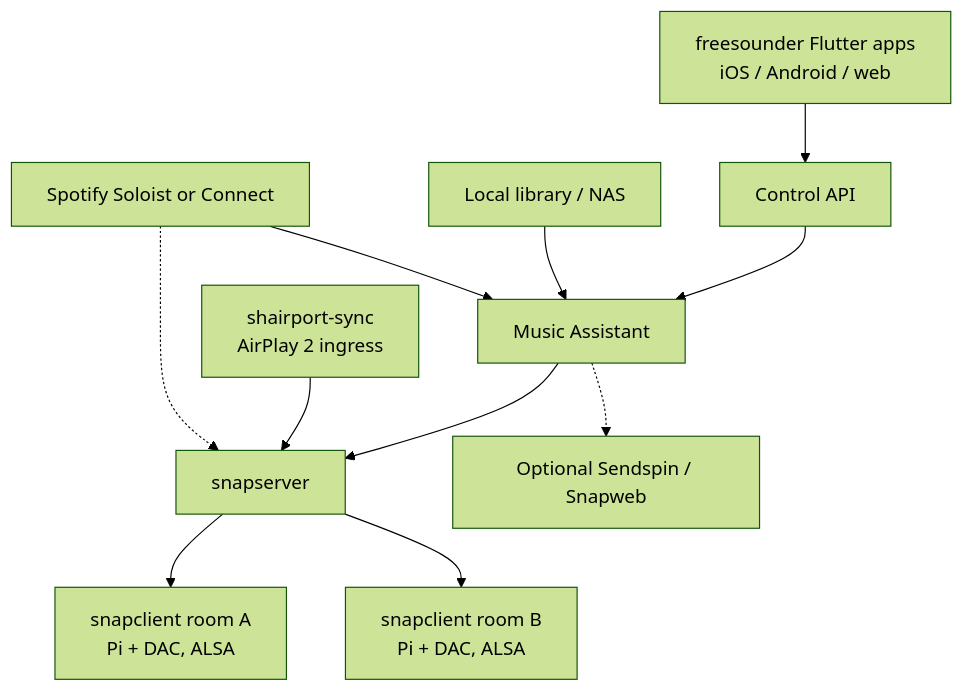
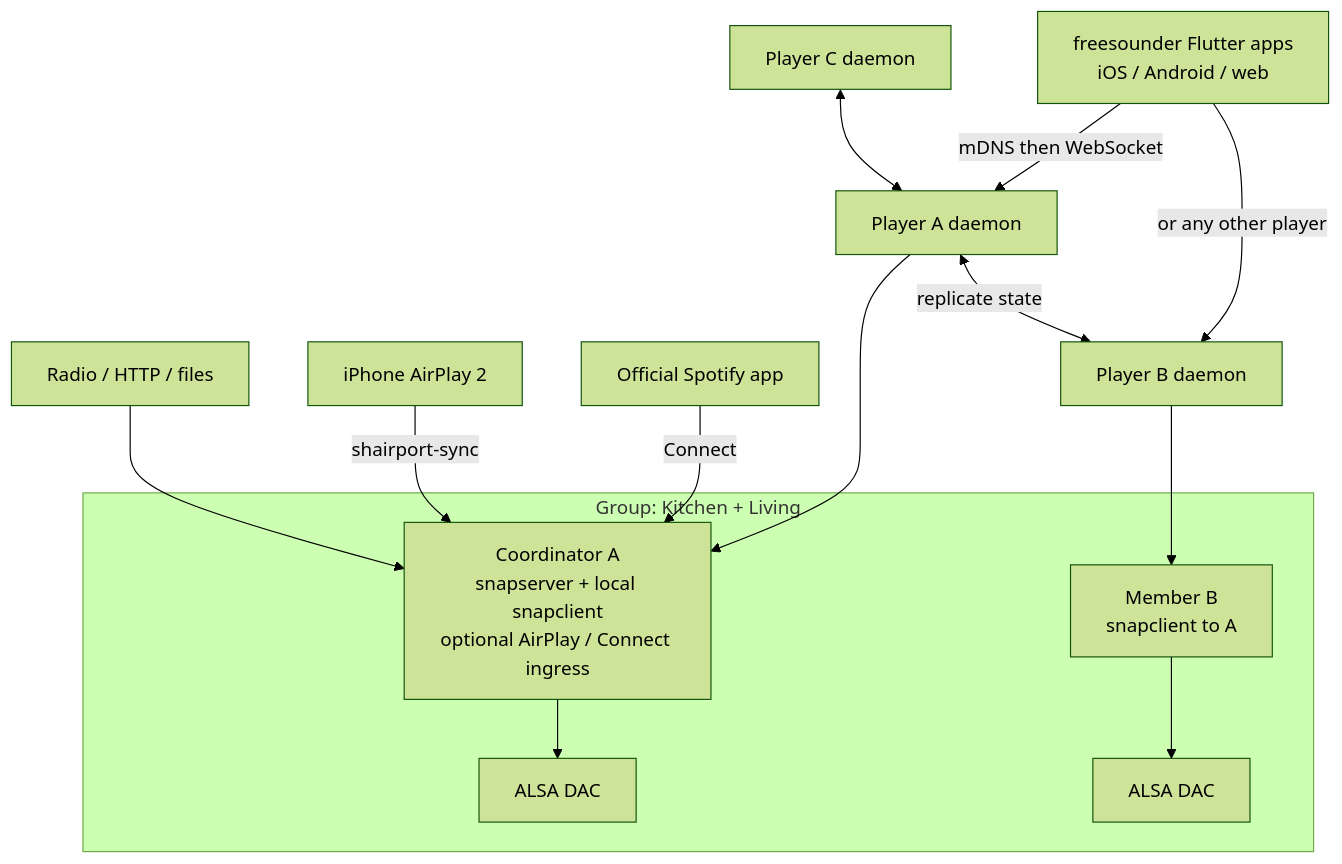
Before and after one commit to mhatzis/freesounder: the second of 2 diagrams in docs/architecture.md, drawn with Mermaid (forest theme). The commit also changed other lines of this file and 1 other file, not shown here.

Commit message:
docs: switch to player-only architecture (no server), supersede server-based design

````diff
--- a/docs/architecture.md
+++ b/docs/architecture.md
@@ -413,13 +482,18 @@
 ```mermaid
 flowchart TB
-  apps[freesounder Flutter apps<br/>iOS / Android / web] --> api[Control API]
-  api --> ma[Music Assistant]
-  lib[Local library / NAS] --> ma
-  ma --> snap[snapserver]
-  air[shairport-sync<br/>AirPlay 2 ingress] --> snap
-  spot[Spotify Soloist or Connect] --> ma
-  spot -.-> snap
-  snap --> r1[snapclient room A<br/>Pi + DAC, ALSA]
-  snap --> r2[snapclient room B<br/>Pi + DAC, ALSA]
-  ma -.-> phone[Optional Sendspin / Snapweb]
+  apps[freesounder Flutter apps<br/>iOS / Android / web] -->|mDNS then WebSocket| p1[Player A daemon]
+  apps -->|or any other player| p2[Player B daemon]
+  p1 <-->|replicate state| p2
+  p3[Player C daemon] <--> p1
+  subgraph group1[Group: Kitchen + Living]
+    coord[Coordinator A<br/>snapserver + local snapclient<br/>optional AirPlay / Connect ingress]
+    mem[Member B<br/>snapclient to A]
+    coord --> dacA[ALSA DAC]
+    mem --> dacB[ALSA DAC]
+  end
+  p1 --> coord
+  p2 --> mem
+  spot[Official Spotify app] -->|Connect| coord
+  apple[iPhone AirPlay 2] -->|shairport-sync| coord
+  radio[Radio / HTTP / files] --> coord
 ```
````
